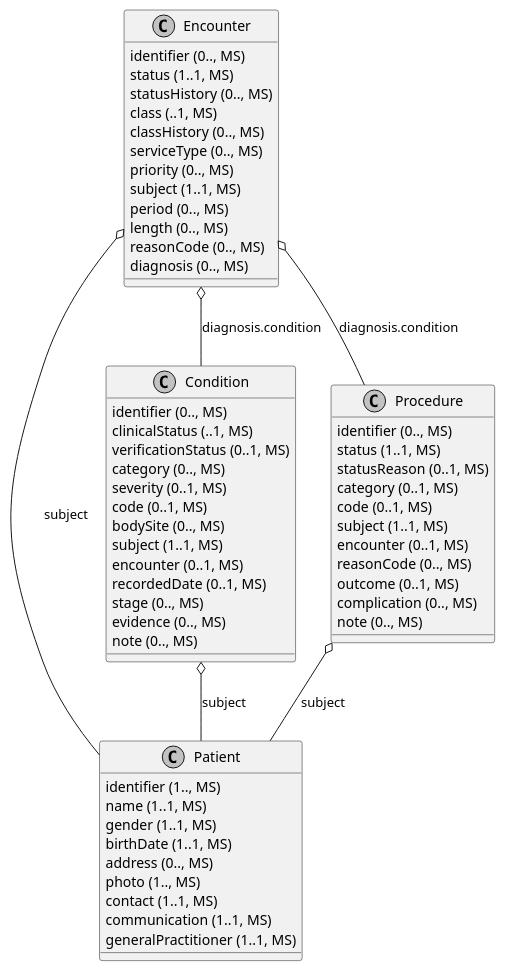
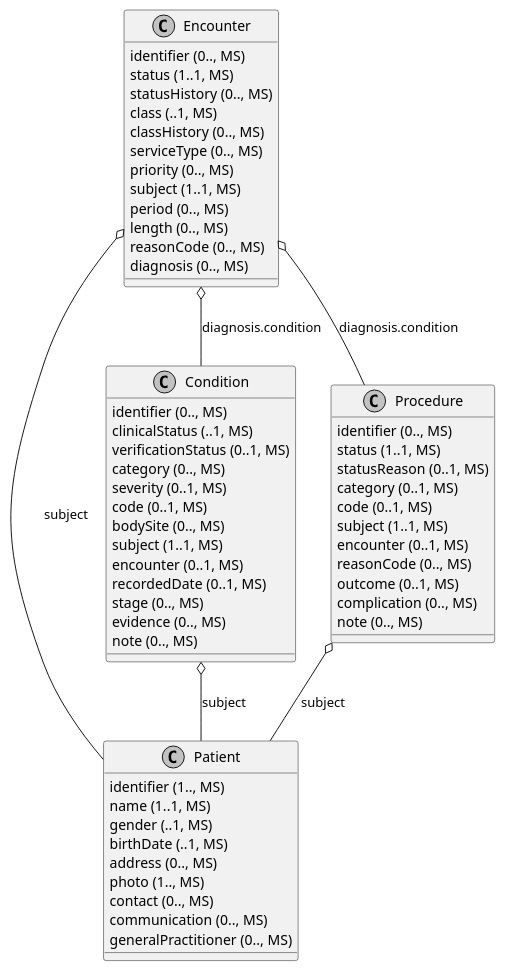
The diagram in src/plantuml/architecture/ClassDiagramm.CaseReference.puml (gematik/api-ti-messenger), drawn with PlantUML before and after one commit. The commit also changed 1 other file, not shown here.

```diff
--- a/src/plantuml/architecture/ClassDiagramm.CaseReference.puml
+++ b/src/plantuml/architecture/ClassDiagramm.CaseReference.puml
@@ -1,62 +1,62 @@
 @startuml ClassDiagram.CaseReference
 skinparam monochrome true
 class Encounter {
   {field} identifier (0.., MS)
   {field} status (1..1, MS)
   {field} statusHistory (0.., MS)
   {field} class (..1, MS)
   {field} classHistory (0.., MS)
   {field} serviceType (0.., MS)
   {field} priority (0.., MS)
   {field} subject (1..1, MS)
   {field} period (0.., MS)
   {field} length (0.., MS)
   {field} reasonCode (0.., MS)
   {field} diagnosis (0.., MS)
 }
 class Patient {
   {field} identifier (1.., MS)
   {field} name (1..1, MS)
-  {field} gender (1..1, MS)
-  {field} birthDate (1..1, MS)
+  {field} gender (..1, MS)
+  {field} birthDate (..1, MS)
   {field} address (0.., MS)
   {field} photo (1.., MS)
-  {field} contact (1..1, MS)
-  {field} communication (1..1, MS)
-  {field} generalPractitioner (1..1, MS)
+  {field} contact (0.., MS)
+  {field} communication (0.., MS)
+  {field} generalPractitioner (0.., MS)
 }
 class Condition {
   {field} identifier (0.., MS)
   {field} clinicalStatus (..1, MS)
   {field} verificationStatus (0..1, MS)
   {field} category (0.., MS)
   {field} severity (0..1, MS)
   {field} code (0..1, MS)
   {field} bodySite (0.., MS)
   {field} subject (1..1, MS)
   {field} encounter (0..1, MS)
   {field} recordedDate (0..1, MS)
   {field} stage (0.., MS)
   {field} evidence (0.., MS)
   {field} note (0.., MS)
 }
 class Procedure {
   {field} identifier (0.., MS)
   {field} status (1..1, MS)
   {field} statusReason (0..1, MS)
   {field} category (0..1, MS)
   {field} code (0..1, MS)
   {field} subject (1..1, MS)
   {field} encounter (0..1, MS)
   {field} reasonCode (0.., MS)
   {field} outcome (0..1, MS)
   {field} complication (0.., MS)
   {field} note (0.., MS)
 }
 
 Encounter o-- Patient: subject
 Encounter o-- Condition: diagnosis.condition
 Encounter o-- Procedure: diagnosis.condition
 Condition o-- Patient: subject
 Procedure o-- Patient: subject
 @enduml
```
